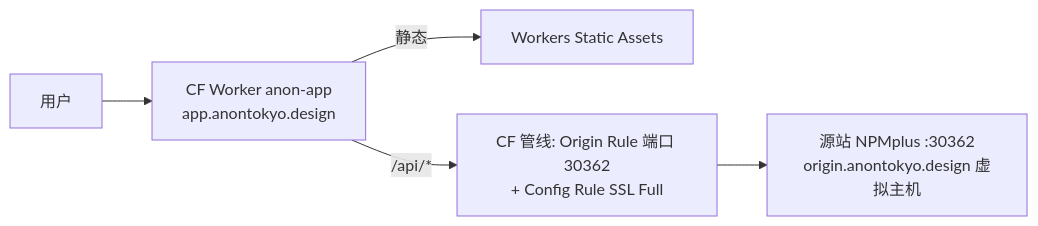
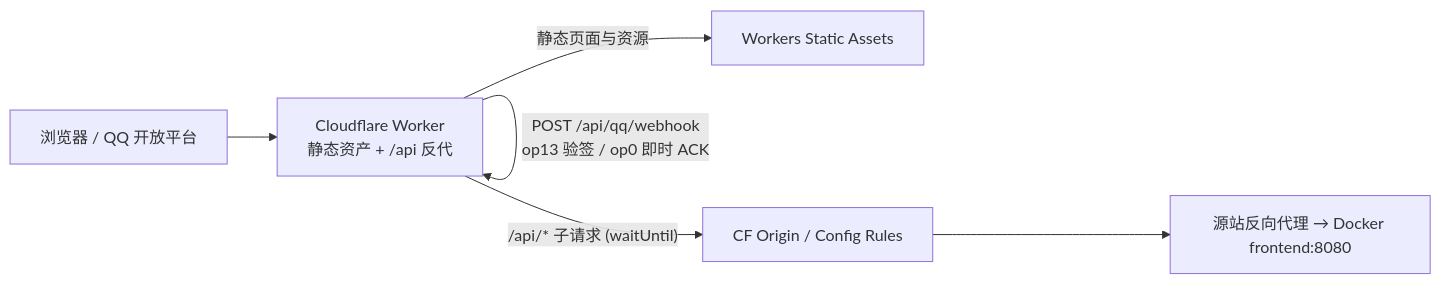
The diagram in docs/readme.md (ShiratsuyuClassYuudachi/ANON), drawn with Mermaid before and after one commit. The commit also changed other lines of this file and 22 other files, not shown here.

Commit message:
docs: 完全重写前端帮助中心与 README 并重拍高清配图

````diff
--- a/docs/readme.md
+++ b/docs/readme.md
@@ -145,7 +183,8 @@
 ```mermaid
 flowchart LR
-  U[用户] --> W[CF Worker anon-app<br/>app.anontokyo.design]
-  W -->|静态| A[Workers Static Assets]
-  W -->|/api/*| P[CF 管线: Origin Rule 端口 30362<br/>+ Config Rule SSL Full]
-  P --> O[源站 NPMplus :30362<br/>origin.anontokyo.design 虚拟主机]
+  U["浏览器 / QQ 开放平台"] --> W["Cloudflare Worker<br/>静态资产 + /api 反代"]
+  W -->|"静态页面与资源"| A["Workers Static Assets"]
+  W -->|"POST /api/qq/webhook<br/>op13 验签 / op0 即时 ACK"| W
+  W -->|"/api/* 子请求 (waitUntil)"| P["CF Origin / Config Rules"]
+  P --> O["源站反向代理 → Docker frontend:8080"]
 ```
````
